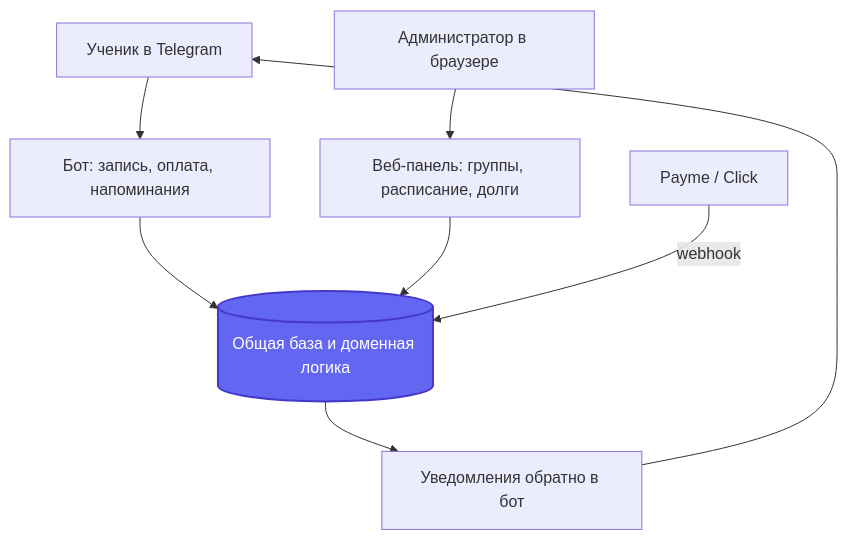
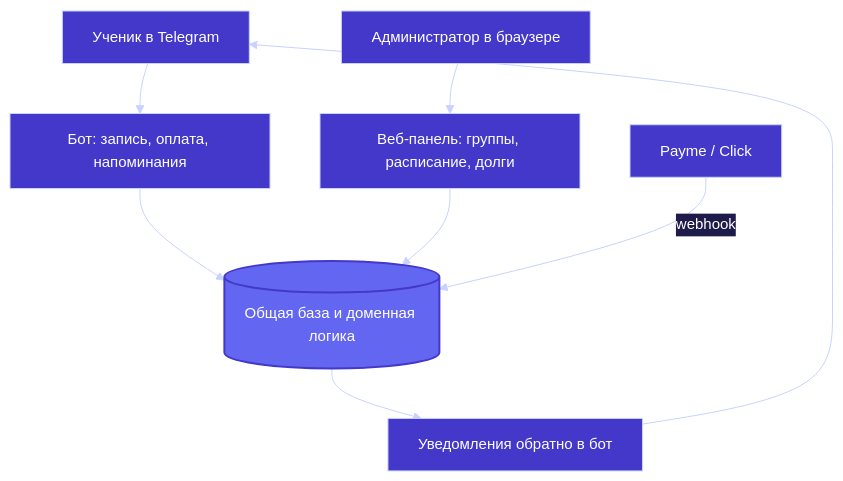
One commit to Shohruh1997/telegram-bot-architecture-notes changed the third of 3 diagrams in README.md. Above: the diagram before and after it, drawn with Mermaid. The commit also changed other lines of this file, not shown here.

Commit message:
Диаграммы: полный набор переменных темы — читаемые строки ER, видимые стрелки, шрифт

````diff
--- a/README.md
+++ b/README.md
@@ -134,12 +136,13 @@
 ```mermaid
+%%{init: {'theme':'base','themeVariables':{'fontFamily':'ui-sans-serif,-apple-system,BlinkMacSystemFont,Segoe UI,Roboto,Helvetica,Arial,sans-serif','fontSize':'15px','primaryColor':'#4338ca','primaryTextColor':'#ffffff','primaryBorderColor':'#c7d2fe','secondaryColor':'#6d28d9','tertiaryColor':'#312e81','lineColor':'#c7d2fe','textColor':'#ffffff','mainBkg':'#4338ca','nodeBorder':'#c7d2fe','nodeTextColor':'#ffffff','edgeLabelBackground':'#1e1b4b','attributeBackgroundColorOdd':'#4338ca','attributeBackgroundColorEven':'#4f46e5','noteBkgColor':'#fbbf24','noteTextColor':'#1a1a1a','noteBorderColor':'#b45309','clusterBkg':'#1e1b4b','clusterBorder':'#c7d2fe','labelBoxBkgColor':'#4338ca','labelBoxBorderColor':'#c7d2fe','labelTextColor':'#ffffff','actorBkg':'#4338ca','actorBorder':'#c7d2fe','actorTextColor':'#ffffff','actorLineColor':'#c7d2fe','signalColor':'#c7d2fe','signalTextColor':'#ffffff','sequenceNumberColor':'#1a1a1a','activationBkgColor':'#6d28d9','activationBorderColor':'#c7d2fe','transitionColor':'#c7d2fe','transitionLabelColor':'#ffffff','stateBkg':'#4338ca','stateLabelColor':'#ffffff','altBackground':'#312e81','compositeBackground':'#1e1b4b','compositeBorder':'#c7d2fe','compositeTitleBackground':'#312e81','specialStateColor':'#c7d2fe','innerEndBackground':'#c7d2fe','cScale0':'#4338ca'}}}%%
 flowchart TB
     U[Ученик в Telegram] --> BOT[Бот: запись, оплата, напоминания]
     BOT --> CORE[(Общая база и доменная логика)]
     ADMIN[Администратор в браузере] --> PANEL[Веб-панель: группы, расписание, долги]
     PANEL --> CORE
     PAY[Payme / Click] -->|webhook| CORE
     CORE --> NOTIFY[Уведомления обратно в бот]
     NOTIFY --> U
 
     style CORE fill:#6366f1,stroke:#4338ca,stroke-width:2px,color:#ffffff
 ```
````
